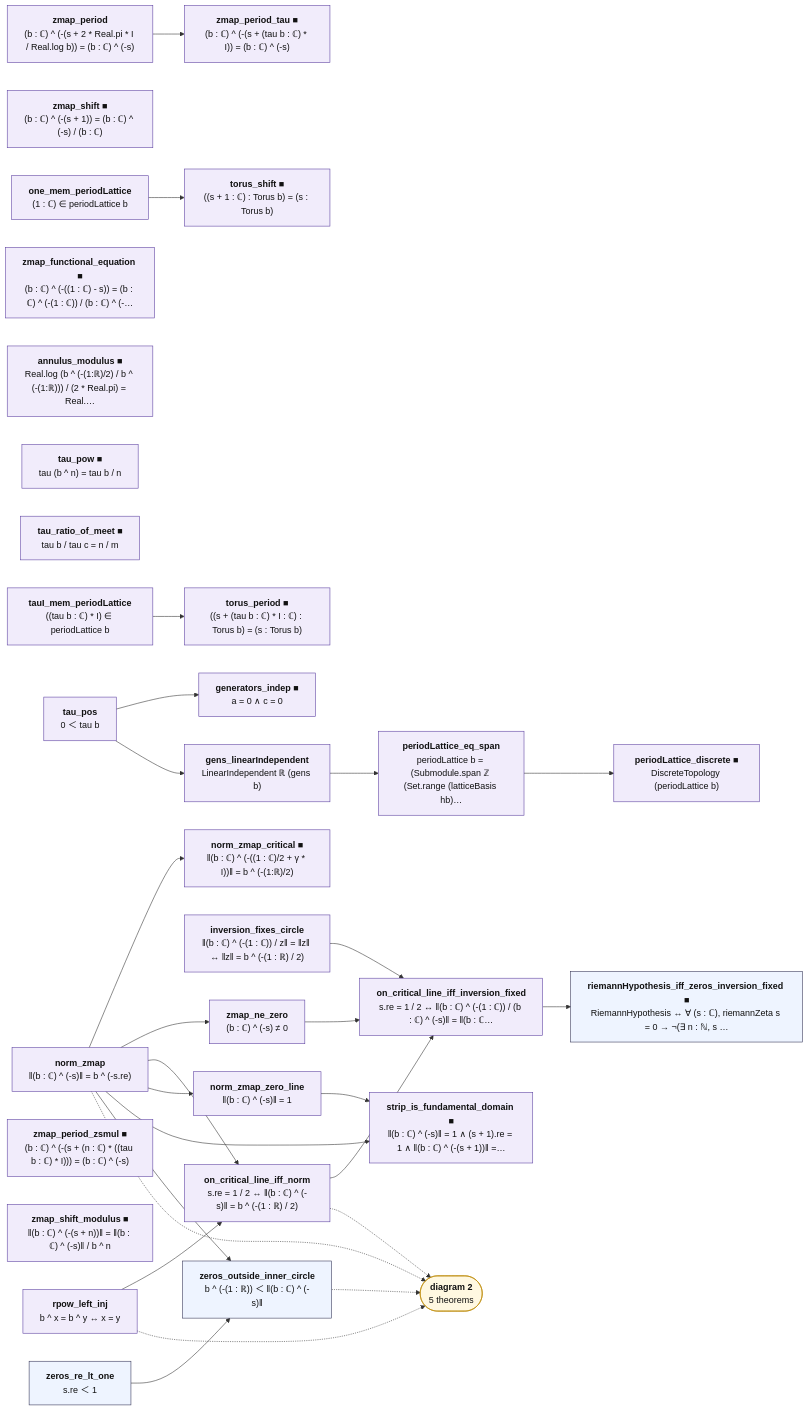
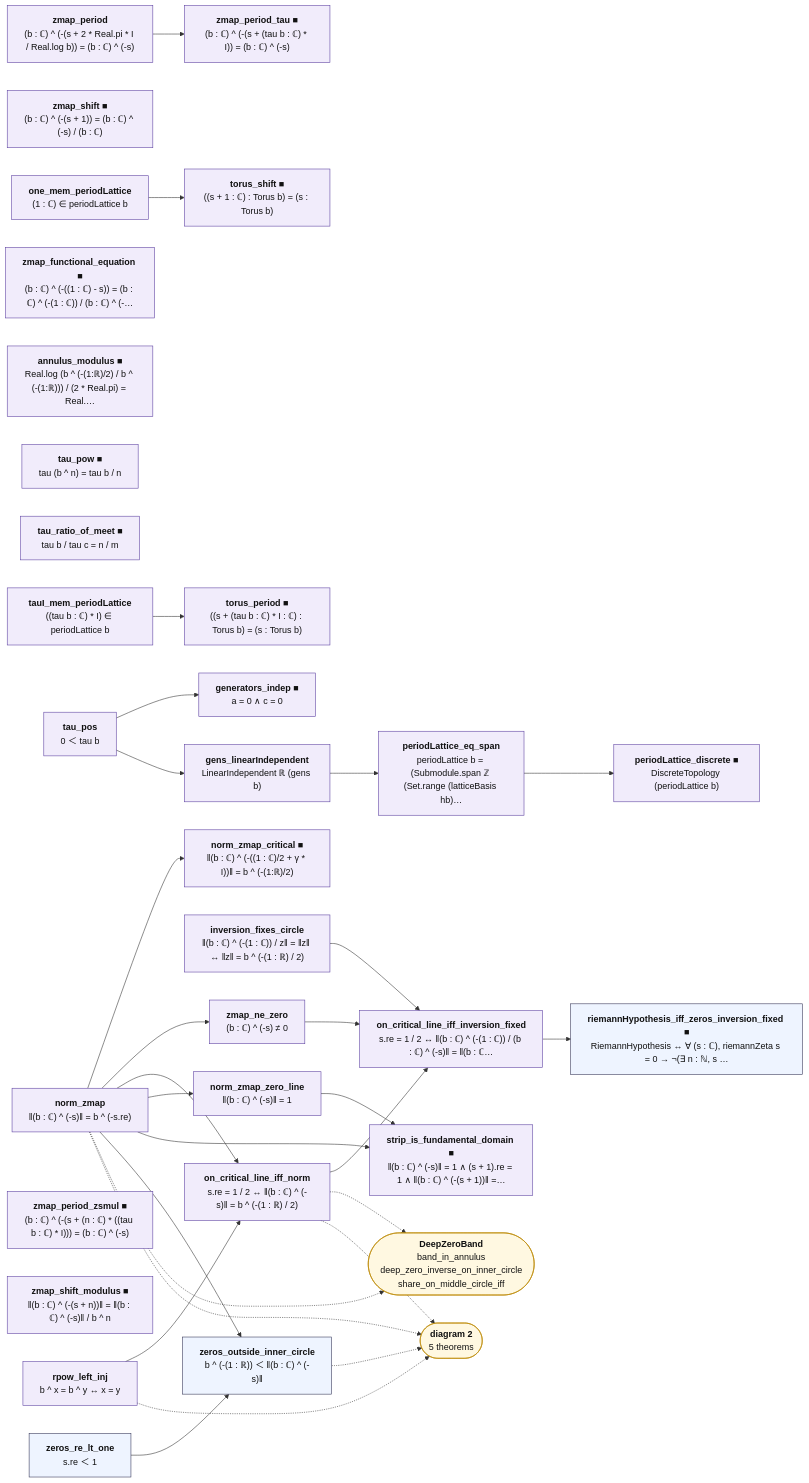
Before and after one commit to juliansambranojr/Primebeat_081426: the diagram in map/lean/Transform.1.mmd, drawn with Mermaid. The commit also changed 20 other files, not shown here.

First line of the commit message:
Map refreshed from Lean after B1 (DeepZeroBand)

```diff
--- a/map/lean/Transform.1.mmd
+++ b/map/lean/Transform.1.mmd
@@ -1,64 +1,67 @@
 flowchart LR
   n0["<b>norm_zmap</b><br/>‖(b : ℂ) ^ (-s)‖ = b ^ (-s.re)"]:::shp
   n1["<b>norm_zmap_critical ■</b><br/>‖(b : ℂ) ^ (-((1 : ℂ)/2 + γ * I))‖ = b ^ (-(1:ℝ)/2)"]:::shp
   n2["<b>zmap_shift ■</b><br/>(b : ℂ) ^ (-(s + 1)) = (b : ℂ) ^ (-s) / (b : ℂ)"]:::shp
   n3["<b>zmap_period</b><br/>(b : ℂ) ^ (-(s + 2 * Real.pi * I / Real.log b)) = (b : ℂ) ^ (-s)"]:::shp
   n4["<b>zmap_functional_equation ■</b><br/>(b : ℂ) ^ (-((1 : ℂ) - s)) = (b : ℂ) ^ (-(1 : ℂ)) / (b : ℂ) ^ (-…"]:::shp
   n5["<b>annulus_modulus ■</b><br/>Real.log (b ^ (-(1:ℝ)/2) / b ^ (-(1:ℝ))) / (2 * Real.pi) = Real.…"]:::shp
   n6["<b>zmap_period_tau ■</b><br/>(b : ℂ) ^ (-(s + (tau b : ℂ) * I)) = (b : ℂ) ^ (-s)"]:::shp
   n7["<b>tau_pow ■</b><br/>tau (b ^ n) = tau b / n"]:::shp
   n8["<b>tau_ratio_of_meet ■</b><br/>tau b / tau c = n / m"]:::shp
   n9["<b>one_mem_periodLattice</b><br/>(1 : ℂ) ∈ periodLattice b"]:::shp
   n10["<b>tauI_mem_periodLattice</b><br/>((tau b : ℂ) * I) ∈ periodLattice b"]:::shp
   n11["<b>tau_pos</b><br/>0 ＜ tau b"]:::shp
   n12["<b>generators_indep ■</b><br/>a = 0 ∧ c = 0"]:::shp
   n13["<b>gens_linearIndependent</b><br/>LinearIndependent ℝ (gens b)"]:::shp
   n14["<b>periodLattice_eq_span</b><br/>periodLattice b = (Submodule.span ℤ (Set.range (latticeBasis hb)…"]:::shp
   n15["<b>periodLattice_discrete ■</b><br/>DiscreteTopology (periodLattice b)"]:::shp
   n16["<b>torus_shift ■</b><br/>((s + 1 : ℂ) : Torus b) = (s : Torus b)"]:::shp
   n17["<b>torus_period ■</b><br/>((s + (tau b : ℂ) * I : ℂ) : Torus b) = (s : Torus b)"]:::shp
   n18["<b>zmap_period_zsmul ■</b><br/>(b : ℂ) ^ (-(s + (n : ℂ) * ((tau b : ℂ) * I))) = (b : ℂ) ^ (-s)"]:::shp
   n19["<b>zmap_shift_modulus ■</b><br/>‖(b : ℂ) ^ (-(s + n))‖ = ‖(b : ℂ) ^ (-s)‖ / b ^ n"]:::shp
   n20["<b>inversion_fixes_circle</b><br/>‖(b : ℂ) ^ (-(1 : ℂ)) / z‖ = ‖z‖ ↔ ‖z‖ = b ^ (-(1 : ℝ) / 2)"]:::shp
   n21["<b>rpow_left_inj</b><br/>b ^ x = b ^ y ↔ x = y"]:::shp
   n22["<b>zmap_ne_zero</b><br/>(b : ℂ) ^ (-s) ≠ 0"]:::shp
   n23["<b>on_critical_line_iff_norm</b><br/>s.re = 1 / 2 ↔ ‖(b : ℂ) ^ (-s)‖ = b ^ (-(1 : ℝ) / 2)"]:::shp
   n24["<b>on_critical_line_iff_inversion_fixed</b><br/>s.re = 1 / 2 ↔ ‖(b : ℂ) ^ (-(1 : ℂ)) / (b : ℂ) ^ (-s)‖ = ‖(b : ℂ…"]:::shp
   n25["<b>riemannHypothesis_iff_zeros_inversion_fixed ■</b><br/>RiemannHypothesis ↔ ∀ (s : ℂ), riemannZeta s = 0 → ¬(∃ n : ℕ, s …"]:::thm
   n26["<b>norm_zmap_zero_line</b><br/>‖(b : ℂ) ^ (-s)‖ = 1"]:::shp
   n27["<b>strip_is_fundamental_domain ■</b><br/>‖(b : ℂ) ^ (-s)‖ = 1 ∧ (s + 1).re = 1 ∧ ‖(b : ℂ) ^ (-(s + 1))‖ =…"]:::shp
   n28["<b>zeros_re_lt_one</b><br/>s.re ＜ 1"]:::thm
   n29["<b>zeros_outside_inner_circle</b><br/>b ^ (-(1 : ℝ)) ＜ ‖(b : ℂ) ^ (-s)‖"]:::thm
-  x0(["<b>diagram 2</b><br/>5 theorems"]):::ext
+  x0(["<b>DeepZeroBand</b><br/>band_in_annulus<br/>deep_zero_inverse_on_inner_circle<br/>share_on_middle_circle_iff"]):::ext
+  x1(["<b>diagram 2</b><br/>5 theorems"]):::ext
   n0 --> n1
   n0 --> n22
   n0 --> n23
   n0 --> n26
   n0 --> n27
   n0 --> n29
   n10 --> n17
   n11 --> n12
   n11 --> n13
   n13 --> n14
   n14 --> n15
   n20 --> n24
   n21 --> n23
   n22 --> n24
   n23 --> n24
   n24 --> n25
   n26 --> n27
   n28 --> n29
   n3 --> n6
   n9 --> n16
   n0 -.-> x0
-  n21 -.-> x0
+  n0 -.-> x1
+  n21 -.-> x1
   n23 -.-> x0
-  n29 -.-> x0
+  n23 -.-> x1
+  n29 -.-> x1
   classDef cnt fill:#dff5ec,stroke:#17694a,color:#111
   classDef shp fill:#f1ecfb,stroke:#5b3fa0,color:#111
   classDef rh fill:#ffe5e5,stroke:#c22,color:#111,stroke-width:2px
   classDef thm fill:#eef4ff,stroke:#335,color:#111
   classDef end_ fill:#e7f7e7,stroke:#2a7,color:#111,stroke-width:2px
   classDef lone fill:#fff,stroke:#999,color:#111,stroke-dasharray:4 3
   classDef bad fill:#ffe5e5,stroke:#c22,color:#111,stroke-width:2px
   classDef ext fill:#fff8e1,stroke:#b80,color:#111
```
